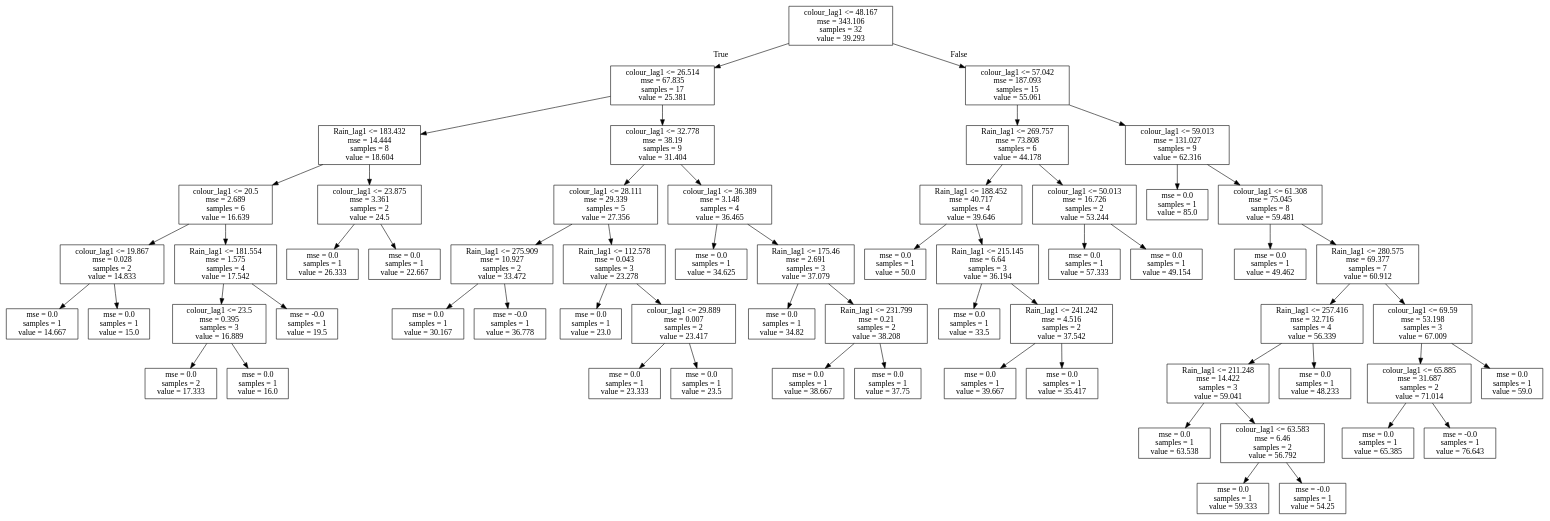
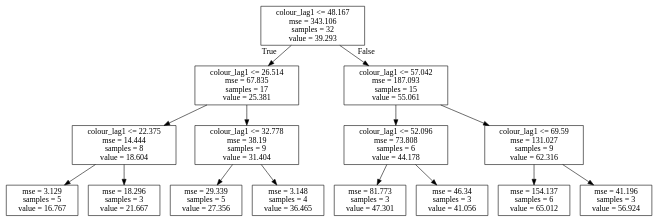
One commit to icra/WATExR changed the diagram in Norway_Morsa/Model_Development/Figures/Discretization_regTrees/AllVarsTogether/aut_colour.dot. Above: the diagram before and after it, drawn with Graphviz. The commit also changed 56 other files, not shown here.

```diff
--- a/Norway_Morsa/Model_Development/Figures/Discretization_regTrees/AllVarsTogether/aut_colour.dot
+++ b/Norway_Morsa/Model_Development/Figures/Discretization_regTrees/AllVarsTogether/aut_colour.dot
@@ -1,124 +1,32 @@
 digraph Tree {
 node [shape=box] ;
 0 [label="colour_lag1 <= 48.167\nmse = 343.106\nsamples = 32\nvalue = 39.293"] ;
 1 [label="colour_lag1 <= 26.514\nmse = 67.835\nsamples = 17\nvalue = 25.381"] ;
 0 -> 1 [labeldistance=2.5, labelangle=45, headlabel="True"] ;
-2 [label="Rain_lag1 <= 183.432\nmse = 14.444\nsamples = 8\nvalue = 18.604"] ;
-1 -> 2 ;
-3 [label="colour_lag1 <= 20.5\nmse = 2.689\nsamples = 6\nvalue = 16.639"] ;
+5 [label="colour_lag1 <= 22.375\nmse = 14.444\nsamples = 8\nvalue = 18.604"] ;
+1 -> 5 ;
+13 [label="mse = 3.129\nsamples = 5\nvalue = 16.767"] ;
+5 -> 13 ;
+14 [label="mse = 18.296\nsamples = 3\nvalue = 21.667"] ;
+5 -> 14 ;
+6 [label="colour_lag1 <= 32.778\nmse = 38.19\nsamples = 9\nvalue = 31.404"] ;
+1 -> 6 ;
+7 [label="mse = 29.339\nsamples = 5\nvalue = 27.356"] ;
+6 -> 7 ;
+8 [label="mse = 3.148\nsamples = 4\nvalue = 36.465"] ;
+6 -> 8 ;
+2 [label="colour_lag1 <= 57.042\nmse = 187.093\nsamples = 15\nvalue = 55.061"] ;
+0 -> 2 [labeldistance=2.5, labelangle=-45, headlabel="False"] ;
+3 [label="colour_lag1 <= 52.096\nmse = 73.808\nsamples = 6\nvalue = 44.178"] ;
 2 -> 3 ;
-4 [label="colour_lag1 <= 19.867\nmse = 0.028\nsamples = 2\nvalue = 14.833"] ;
-3 -> 4 ;
-5 [label="mse = 0.0\nsamples = 1\nvalue = 14.667"] ;
-4 -> 5 ;
-6 [label="mse = 0.0\nsamples = 1\nvalue = 15.0"] ;
-4 -> 6 ;
-7 [label="Rain_lag1 <= 181.554\nmse = 1.575\nsamples = 4\nvalue = 17.542"] ;
-3 -> 7 ;
-8 [label="colour_lag1 <= 23.5\nmse = 0.395\nsamples = 3\nvalue = 16.889"] ;
-7 -> 8 ;
-9 [label="mse = 0.0\nsamples = 2\nvalue = 17.333"] ;
-8 -> 9 ;
-10 [label="mse = 0.0\nsamples = 1\nvalue = 16.0"] ;
-8 -> 10 ;
-11 [label="mse = -0.0\nsamples = 1\nvalue = 19.5"] ;
-7 -> 11 ;
-12 [label="colour_lag1 <= 23.875\nmse = 3.361\nsamples = 2\nvalue = 24.5"] ;
-2 -> 12 ;
-13 [label="mse = 0.0\nsamples = 1\nvalue = 26.333"] ;
-12 -> 13 ;
-14 [label="mse = 0.0\nsamples = 1\nvalue = 22.667"] ;
-12 -> 14 ;
-15 [label="colour_lag1 <= 32.778\nmse = 38.19\nsamples = 9\nvalue = 31.404"] ;
-1 -> 15 ;
-16 [label="colour_lag1 <= 28.111\nmse = 29.339\nsamples = 5\nvalue = 27.356"] ;
-15 -> 16 ;
-17 [label="Rain_lag1 <= 275.909\nmse = 10.927\nsamples = 2\nvalue = 33.472"] ;
-16 -> 17 ;
-18 [label="mse = 0.0\nsamples = 1\nvalue = 30.167"] ;
-17 -> 18 ;
-19 [label="mse = -0.0\nsamples = 1\nvalue = 36.778"] ;
-17 -> 19 ;
-20 [label="Rain_lag1 <= 112.578\nmse = 0.043\nsamples = 3\nvalue = 23.278"] ;
-16 -> 20 ;
-21 [label="mse = 0.0\nsamples = 1\nvalue = 23.0"] ;
-20 -> 21 ;
-22 [label="colour_lag1 <= 29.889\nmse = 0.007\nsamples = 2\nvalue = 23.417"] ;
-20 -> 22 ;
-23 [label="mse = 0.0\nsamples = 1\nvalue = 23.333"] ;
-22 -> 23 ;
-24 [label="mse = 0.0\nsamples = 1\nvalue = 23.5"] ;
-22 -> 24 ;
-25 [label="colour_lag1 <= 36.389\nmse = 3.148\nsamples = 4\nvalue = 36.465"] ;
-15 -> 25 ;
-26 [label="mse = 0.0\nsamples = 1\nvalue = 34.625"] ;
-25 -> 26 ;
-27 [label="Rain_lag1 <= 175.46\nmse = 2.691\nsamples = 3\nvalue = 37.079"] ;
-25 -> 27 ;
-28 [label="mse = 0.0\nsamples = 1\nvalue = 34.82"] ;
-27 -> 28 ;
-29 [label="Rain_lag1 <= 231.799\nmse = 0.21\nsamples = 2\nvalue = 38.208"] ;
-27 -> 29 ;
-30 [label="mse = 0.0\nsamples = 1\nvalue = 38.667"] ;
-29 -> 30 ;
-31 [label="mse = 0.0\nsamples = 1\nvalue = 37.75"] ;
-29 -> 31 ;
-32 [label="colour_lag1 <= 57.042\nmse = 187.093\nsamples = 15\nvalue = 55.061"] ;
-0 -> 32 [labeldistance=2.5, labelangle=-45, headlabel="False"] ;
-33 [label="Rain_lag1 <= 269.757\nmse = 73.808\nsamples = 6\nvalue = 44.178"] ;
-32 -> 33 ;
-34 [label="Rain_lag1 <= 188.452\nmse = 40.717\nsamples = 4\nvalue = 39.646"] ;
-33 -> 34 ;
-35 [label="mse = 0.0\nsamples = 1\nvalue = 50.0"] ;
-34 -> 35 ;
-36 [label="Rain_lag1 <= 215.145\nmse = 6.64\nsamples = 3\nvalue = 36.194"] ;
-34 -> 36 ;
-37 [label="mse = 0.0\nsamples = 1\nvalue = 33.5"] ;
-36 -> 37 ;
-38 [label="Rain_lag1 <= 241.242\nmse = 4.516\nsamples = 2\nvalue = 37.542"] ;
-36 -> 38 ;
-39 [label="mse = 0.0\nsamples = 1\nvalue = 39.667"] ;
-38 -> 39 ;
-40 [label="mse = 0.0\nsamples = 1\nvalue = 35.417"] ;
-38 -> 40 ;
-41 [label="colour_lag1 <= 50.013\nmse = 16.726\nsamples = 2\nvalue = 53.244"] ;
-33 -> 41 ;
-42 [label="mse = 0.0\nsamples = 1\nvalue = 57.333"] ;
-41 -> 42 ;
-43 [label="mse = 0.0\nsamples = 1\nvalue = 49.154"] ;
-41 -> 43 ;
-44 [label="colour_lag1 <= 59.013\nmse = 131.027\nsamples = 9\nvalue = 62.316"] ;
-32 -> 44 ;
-45 [label="mse = 0.0\nsamples = 1\nvalue = 85.0"] ;
-44 -> 45 ;
-46 [label="colour_lag1 <= 61.308\nmse = 75.045\nsamples = 8\nvalue = 59.481"] ;
-44 -> 46 ;
-47 [label="mse = 0.0\nsamples = 1\nvalue = 49.462"] ;
-46 -> 47 ;
-48 [label="Rain_lag1 <= 280.575\nmse = 69.377\nsamples = 7\nvalue = 60.912"] ;
-46 -> 48 ;
-49 [label="Rain_lag1 <= 257.416\nmse = 32.716\nsamples = 4\nvalue = 56.339"] ;
-48 -> 49 ;
-50 [label="Rain_lag1 <= 211.248\nmse = 14.422\nsamples = 3\nvalue = 59.041"] ;
-49 -> 50 ;
-51 [label="mse = 0.0\nsamples = 1\nvalue = 63.538"] ;
-50 -> 51 ;
-52 [label="colour_lag1 <= 63.583\nmse = 6.46\nsamples = 2\nvalue = 56.792"] ;
-50 -> 52 ;
-53 [label="mse = 0.0\nsamples = 1\nvalue = 59.333"] ;
-52 -> 53 ;
-54 [label="mse = -0.0\nsamples = 1\nvalue = 54.25"] ;
-52 -> 54 ;
-55 [label="mse = 0.0\nsamples = 1\nvalue = 48.233"] ;
-49 -> 55 ;
-56 [label="colour_lag1 <= 69.59\nmse = 53.198\nsamples = 3\nvalue = 67.009"] ;
-48 -> 56 ;
-57 [label="colour_lag1 <= 65.885\nmse = 31.687\nsamples = 2\nvalue = 71.014"] ;
-56 -> 57 ;
-58 [label="mse = 0.0\nsamples = 1\nvalue = 65.385"] ;
-57 -> 58 ;
-59 [label="mse = -0.0\nsamples = 1\nvalue = 76.643"] ;
-57 -> 59 ;
-60 [label="mse = 0.0\nsamples = 1\nvalue = 59.0"] ;
-56 -> 60 ;
+11 [label="mse = 81.773\nsamples = 3\nvalue = 47.301"] ;
+3 -> 11 ;
+12 [label="mse = 46.34\nsamples = 3\nvalue = 41.056"] ;
+3 -> 12 ;
+4 [label="colour_lag1 <= 69.59\nmse = 131.027\nsamples = 9\nvalue = 62.316"] ;
+2 -> 4 ;
+9 [label="mse = 154.137\nsamples = 6\nvalue = 65.012"] ;
+4 -> 9 ;
+10 [label="mse = 41.196\nsamples = 3\nvalue = 56.924"] ;
+4 -> 10 ;
 }
```
